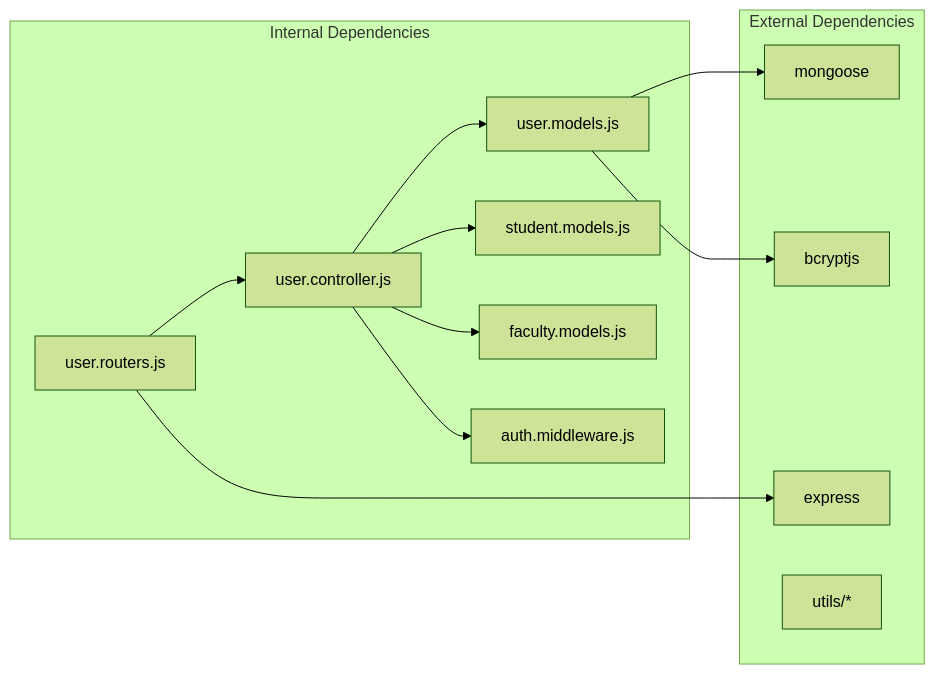
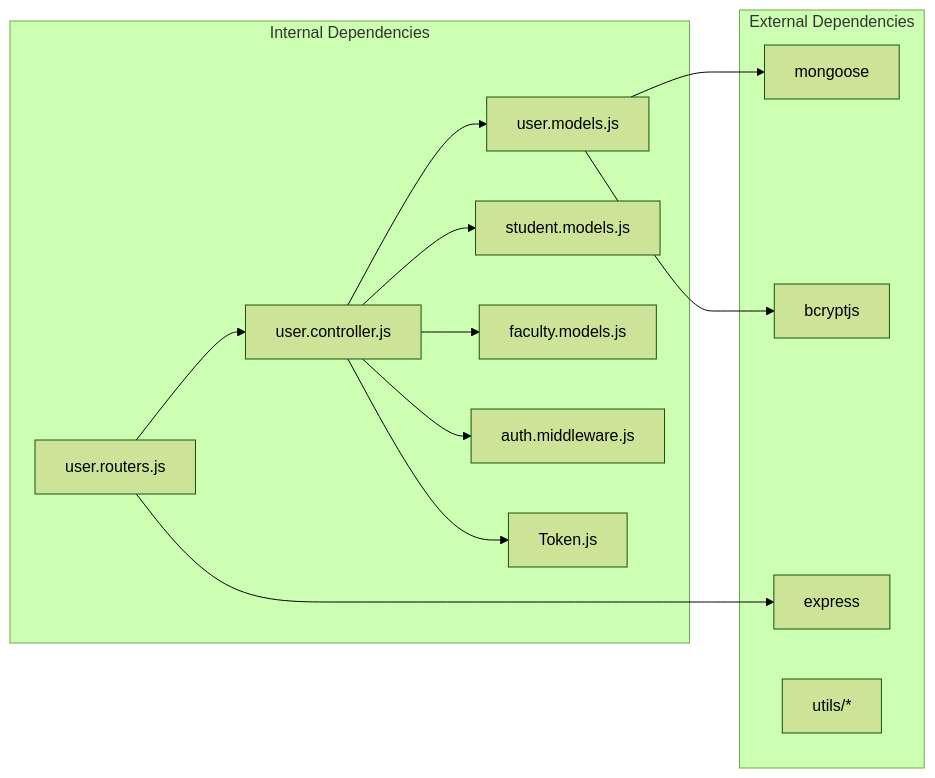
The ninth of 9 diagrams in .qoder/repowiki/en/content/Data Models & Database Schema/Core User Model.md (Aryan9060/Timetable-Project), drawn with Mermaid (forest theme) before and after one commit. The commit also changed other lines of this file and 6 other files, not shown here.

````diff
--- a/.qoder/repowiki/en/content/Data Models & Database Schema/Core User Model.md
+++ b/.qoder/repowiki/en/content/Data Models & Database Schema/Core User Model.md
@@ -409,25 +409,27 @@
 ```mermaid
 graph LR
 subgraph "Internal Dependencies"
 UM["user.models.js"]
 UC["user.controller.js"]
 UR["user.routers.js"]
 SM["student.models.js"]
 FM["faculty.models.js"]
 AM["auth.middleware.js"]
+TK["Token.js"]
 end
 subgraph "External Dependencies"
 MONGOOSE["mongoose"]
 EXPRESS["express"]
 BCRYPT["bcryptjs"]
 UTILS["utils/*"]
 end
 UM --> MONGOOSE
 UM --> BCRYPT
 UC --> UM
 UC --> SM
 UC --> FM
 UC --> AM
+UC --> TK
 UR --> UC
 UR --> EXPRESS
 ```
````
